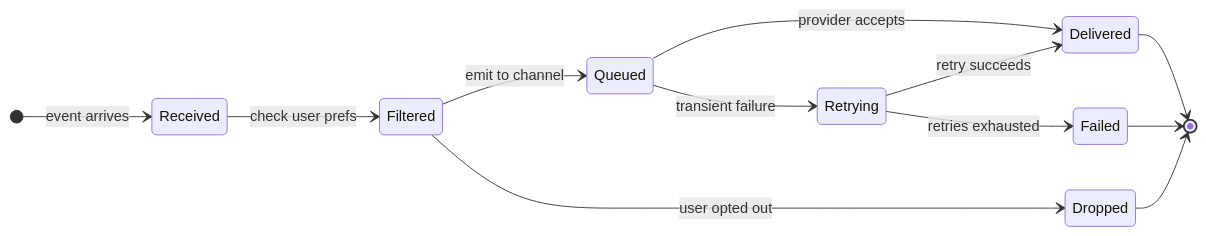
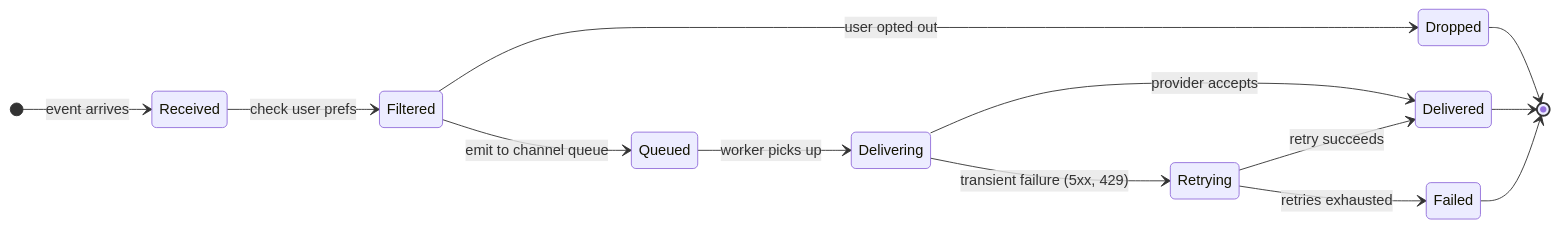
Before and after one commit to shiningflash/system-design: the first of 10 diagrams in problems/010-notification-system/question.md, drawn with Mermaid. The commit also changed other lines of this file and 37 other files, not shown here.

````diff
--- a/problems/010-notification-system/question.md
+++ b/problems/010-notification-system/question.md
@@ -34,15 +34,16 @@
 ```mermaid
 stateDiagram-v2
     direction LR
     [*] --> Received: event arrives
     Received --> Filtered: check user prefs
-    Filtered --> Queued: emit to channel
     Filtered --> Dropped: user opted out
-    Queued --> Delivered: provider accepts
-    Queued --> Retrying: transient failure
+    Filtered --> Queued: emit to channel queue
+    Queued --> Delivering: worker picks up
+    Delivering --> Delivered: provider accepts
+    Delivering --> Retrying: transient failure (5xx, 429)
     Retrying --> Delivered: retry succeeds
     Retrying --> Failed: retries exhausted
+    Dropped --> [*]
     Delivered --> [*]
-    Dropped --> [*]
     Failed --> [*]
 ```
````
